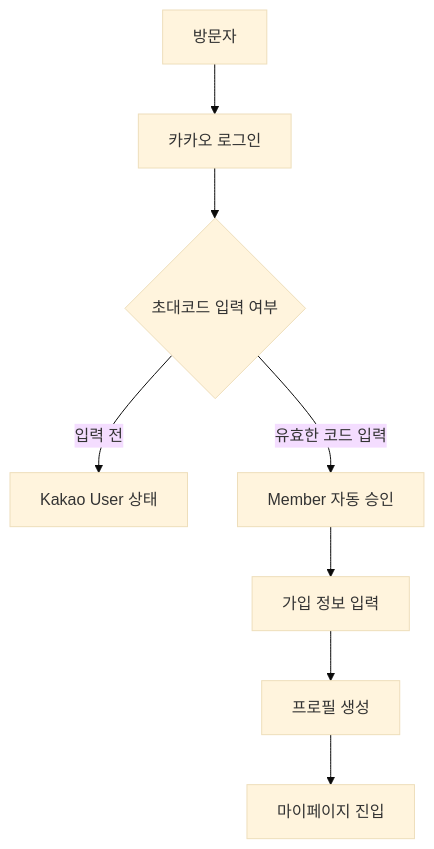
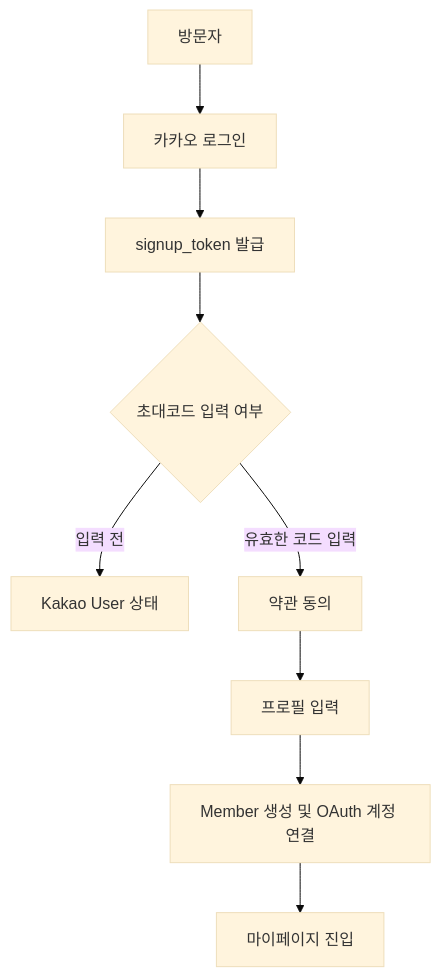
Before and after one commit to ljh468/growth-archive: the first of 7 diagrams in docs/prd/PRD_001_Growth_Archive.md, drawn with Mermaid (base theme). The commit also changed other lines of this file and 9 other files, not shown here.

````diff
--- a/docs/prd/PRD_001_Growth_Archive.md
+++ b/docs/prd/PRD_001_Growth_Archive.md
@@ -537,10 +538,11 @@
 ```mermaid
 flowchart TD
     A[방문자] --> B[카카오 로그인]
-    B --> C{초대코드 입력 여부}
-    C -->|입력 전| D[Kakao User 상태]
-    C -->|유효한 코드 입력| E[Member 자동 승인]
-    E --> F[가입 정보 입력]
-    F --> G[프로필 생성]
-    G --> H[마이페이지 진입]
+    B --> C[signup_token 발급]
+    C --> D{초대코드 입력 여부}
+    D -->|입력 전| E[Kakao User 상태]
+    D -->|유효한 코드 입력| F[약관 동의]
+    F --> G[프로필 입력]
+    G --> H[Member 생성 및 OAuth 계정 연결]
+    H --> I[마이페이지 진입]
 ```
````
